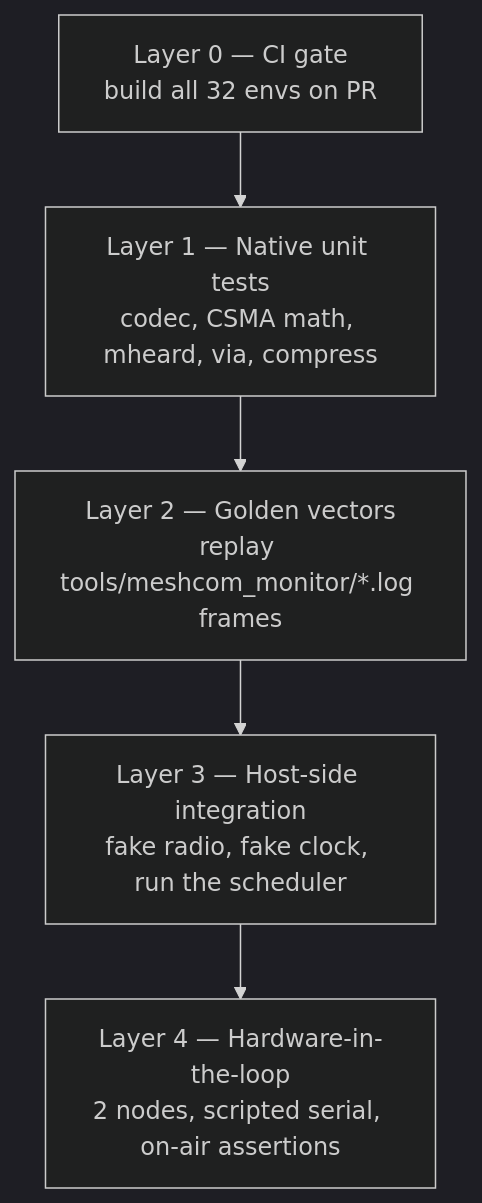
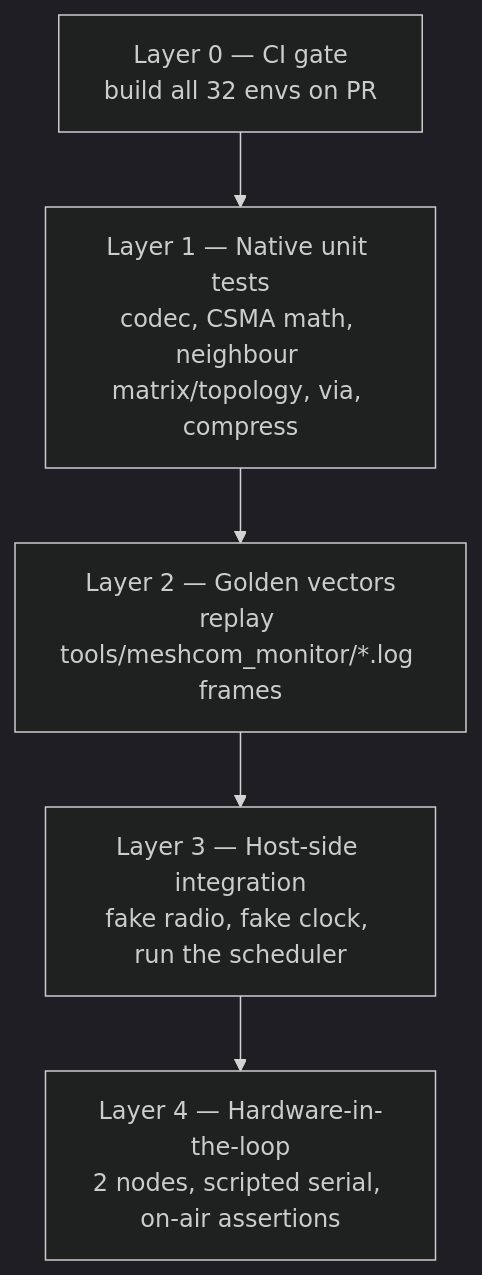
The diagram in docs/architecture/06-test-strategy.md (DK5EN/MeshCom-Firmware), drawn with Mermaid (dark theme) before and after one commit. The commit also changed other lines of this file and 10 other files, not shown here.

First line of the commit message:
docs(nbr): MeshCom 5 wave 6 -- log format, architecture, changelog

````diff
--- a/docs/architecture/06-test-strategy.md
+++ b/docs/architecture/06-test-strategy.md
@@ -68,8 +68,8 @@
 ```mermaid
 flowchart TD
     L0["Layer 0 — CI gate<br/>build all 32 envs on PR"] --> L1
-    L1["Layer 1 — Native unit tests<br/>codec, CSMA math, mheard, via, compress"] --> L2
+    L1["Layer 1 — Native unit tests<br/>codec, CSMA math, neighbour matrix/topology, via, compress"] --> L2
     L2["Layer 2 — Golden vectors<br/>replay tools/meshcom_monitor/*.log frames"] --> L3
     L3["Layer 3 — Host-side integration<br/>fake radio, fake clock, run the scheduler"] --> L4
     L4["Layer 4 — Hardware-in-the-loop<br/>2 nodes, scripted serial, on-air assertions"]
 ```
````
